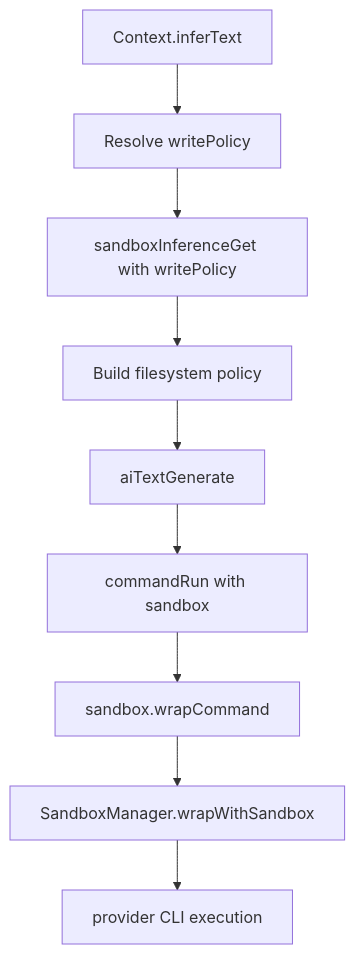
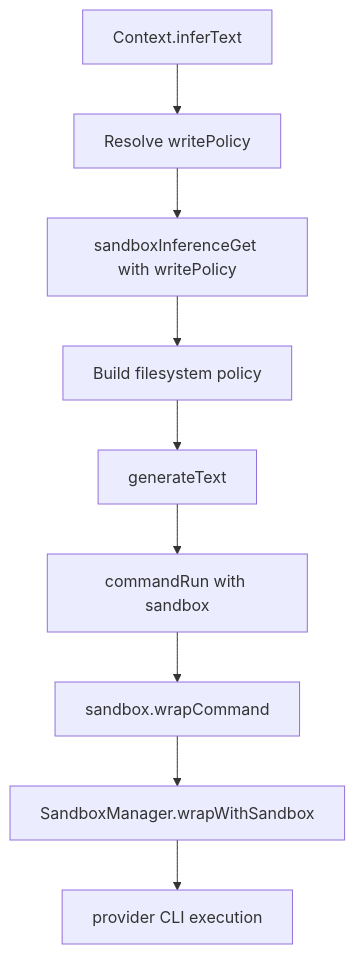
Before and after one commit to ex3ndr/holdmybeer: the diagram in doc/inference-sandbox.md, drawn with Mermaid. The commit also changed 12 other files, not shown here.

Commit message:
docs(holdmybeer): document architecture and inference changes

````diff
--- a/doc/inference-sandbox.md
+++ b/doc/inference-sandbox.md
@@ -19,11 +19,11 @@
 ```mermaid
 flowchart TD
   A[Context.inferText] --> B[Resolve writePolicy]
   B --> C[sandboxInferenceGet with writePolicy]
   C --> D[Build filesystem policy]
-  D --> E[aiTextGenerate]
+  D --> E[generateText]
   E --> F[commandRun with sandbox]
   F --> G[sandbox.wrapCommand]
   G --> H[SandboxManager.wrapWithSandbox]
   H --> I[provider CLI execution]
 ```
````
